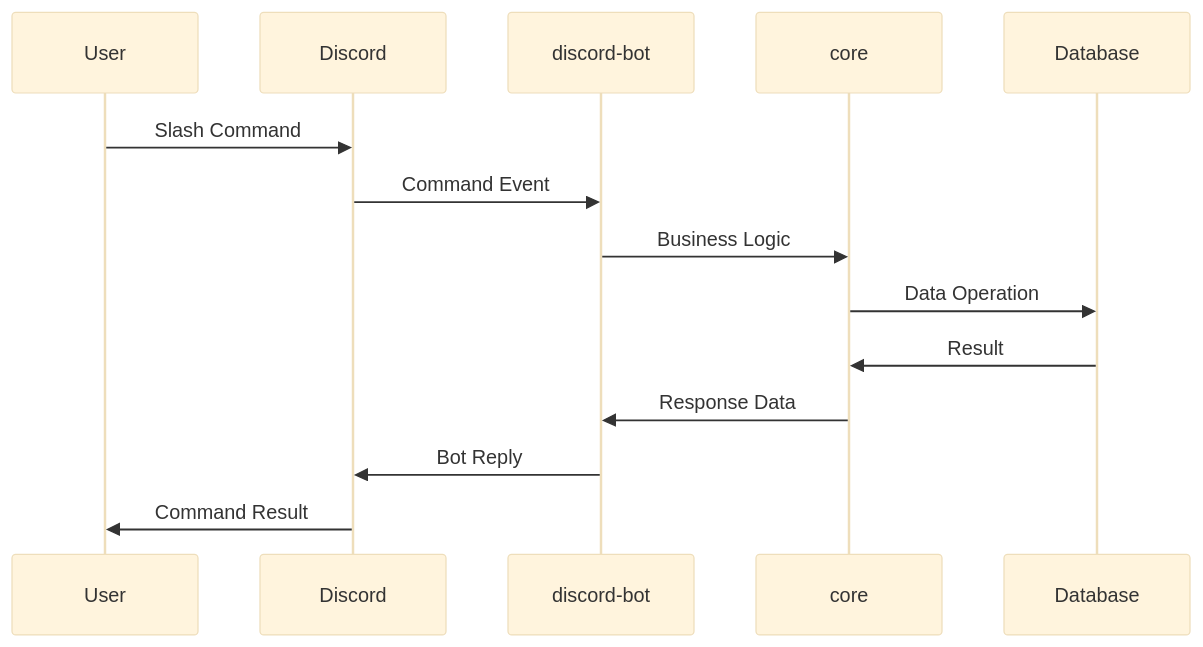
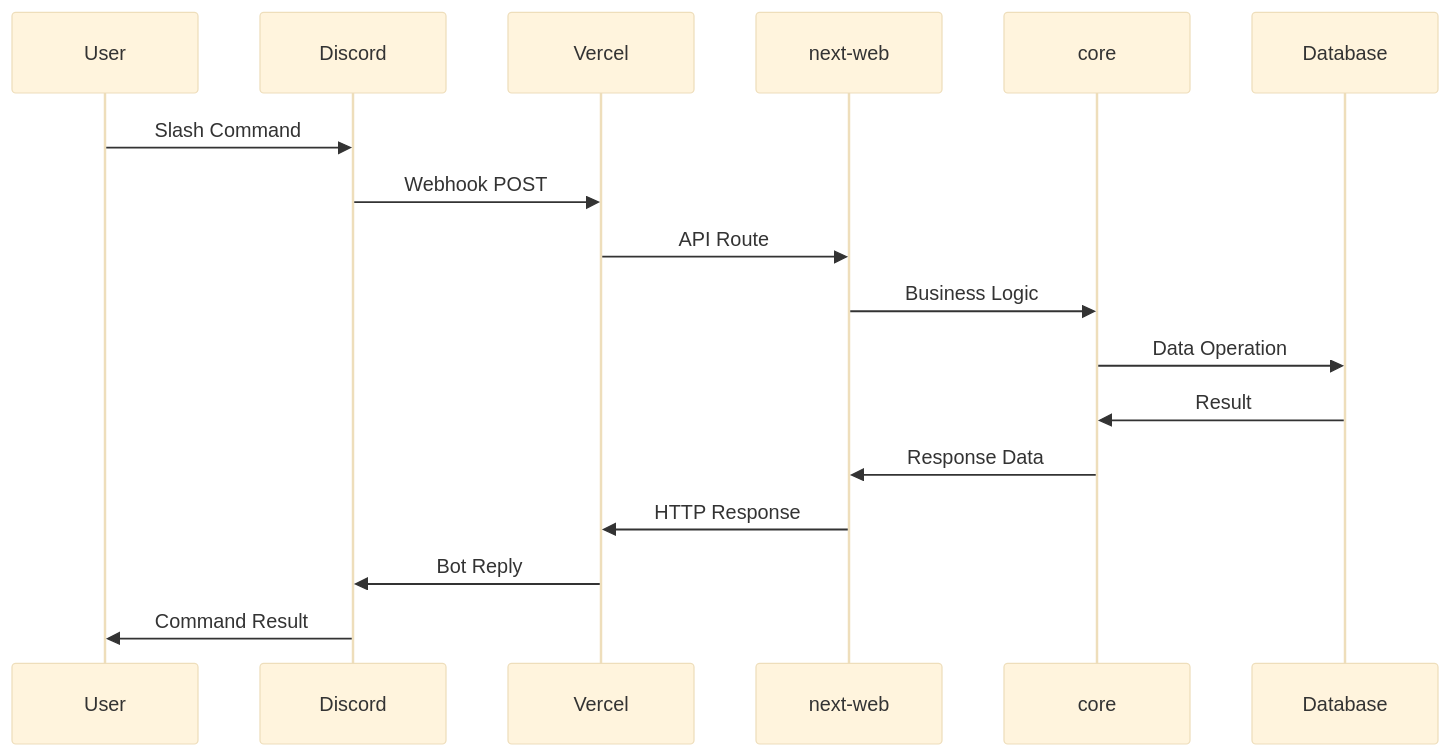
One commit to Crit-Fumble/www.crit-fumble.com changed the third of 3 diagrams in docs/architecture.md. Above: the diagram before and after it, drawn with Mermaid (base theme). The commit also changed other lines of this file and 65 other files, not shown here.

````diff
--- a/docs/architecture.md
+++ b/docs/architecture.md
@@ -191,17 +197,20 @@
 ```mermaid
 sequenceDiagram
     participant U as User
     participant D as Discord
-    participant B as discord-bot
+    participant V as Vercel
+    participant W as next-web
     participant C as core
     participant DB as Database
 
     U->>D: Slash Command
-    D->>B: Command Event
-    B->>C: Business Logic
+    D->>V: Webhook POST
+    V->>W: API Route
+    W->>C: Business Logic
     C->>DB: Data Operation
     DB->>C: Result
-    C->>B: Response Data
-    B->>D: Bot Reply
+    C->>W: Response Data
+    W->>V: HTTP Response
+    V->>D: Bot Reply
     D->>U: Command Result
 ```
````
